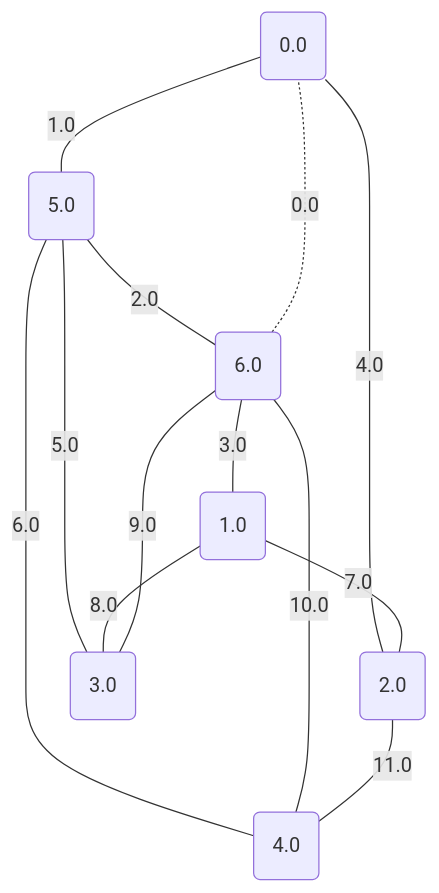
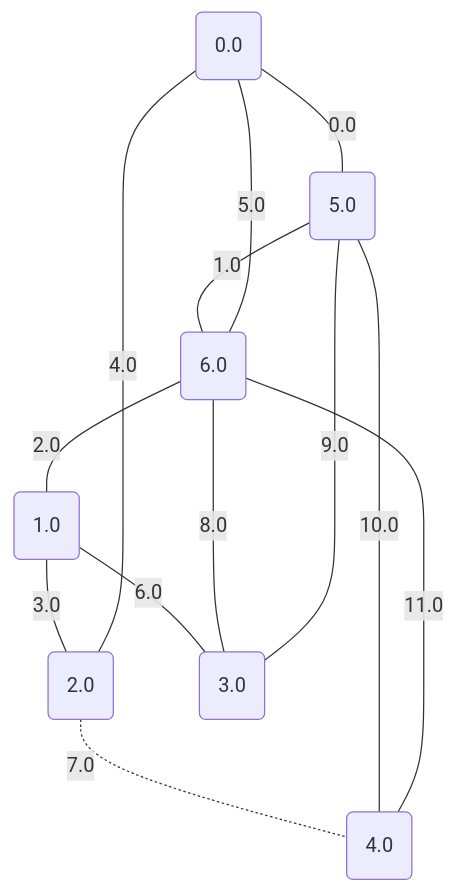
The eighth of 17 diagrams in project/src/testing/minCutPetersen.md (metury/graphs), drawn with Mermaid before and after one commit. The commit also changed other lines of this file and 52 other files, not shown here.

````diff
--- a/project/src/testing/minCutPetersen.md
+++ b/project/src/testing/minCutPetersen.md
@@ -218,22 +218,22 @@
 ```mermaid
 graph TD;
 0("0.0");
 1("1.0");
 2("2.0");
 3("3.0");
 4("4.0");
 5("5.0");
 6("6.0");
-	6 -. "0.0" -.- 0;
-	0 -- "1.0" --- 5;
-	5 -- "2.0" --- 6;
-	6 -- "3.0" --- 1;
-	0 -- "4.0" --- 2;
-	5 -- "5.0" --- 3;
-	5 -- "6.0" --- 4;
-	1 -- "7.0" --- 2;
-	1 -- "8.0" --- 3;
-	6 -- "9.0" --- 3;
-	6 -- "10.0" --- 4;
-	2 -- "11.0" --- 4;
+	0 -- "0.0" --- 5;
+	5 -- "1.0" --- 6;
+	6 -- "2.0" --- 1;
+	1 -- "3.0" --- 2;
+	2 -- "4.0" --- 0;
+	0 -- "5.0" --- 6;
+	1 -- "6.0" --- 3;
+	2 -. "7.0" -.- 4;
+	6 -- "8.0" --- 3;
+	5 -- "9.0" --- 3;
+	5 -- "10.0" --- 4;
+	6 -- "11.0" --- 4;
 ```
````
